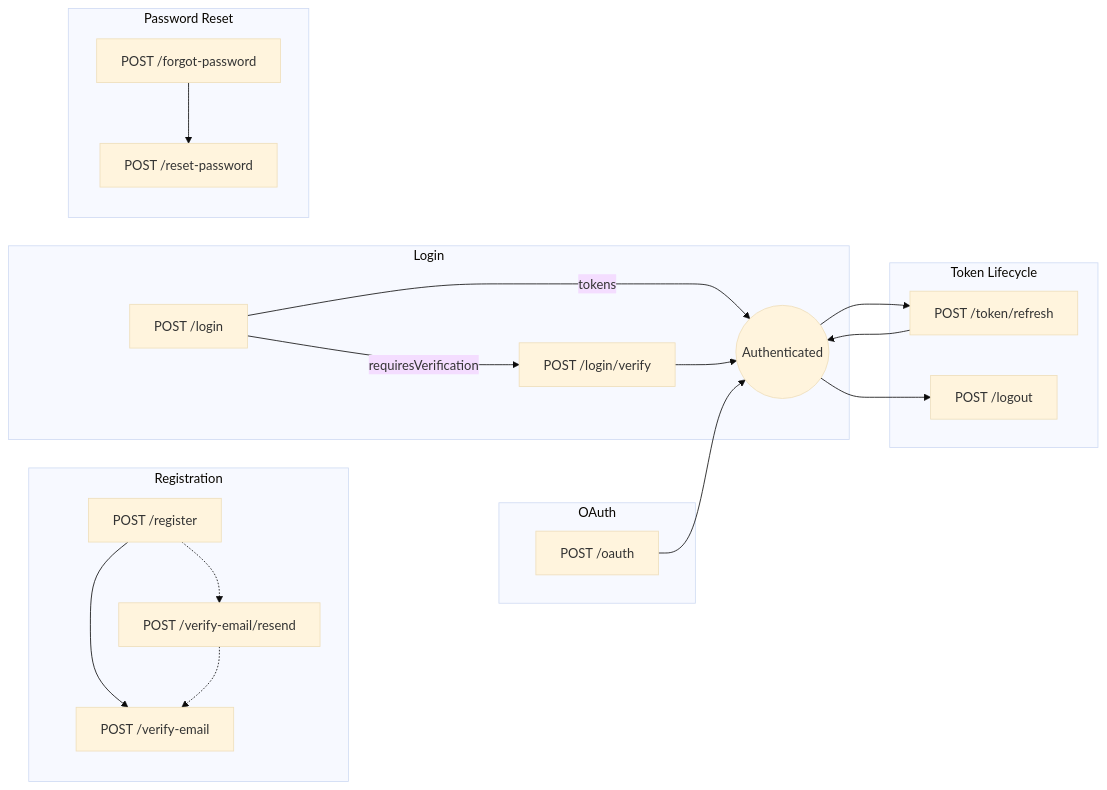
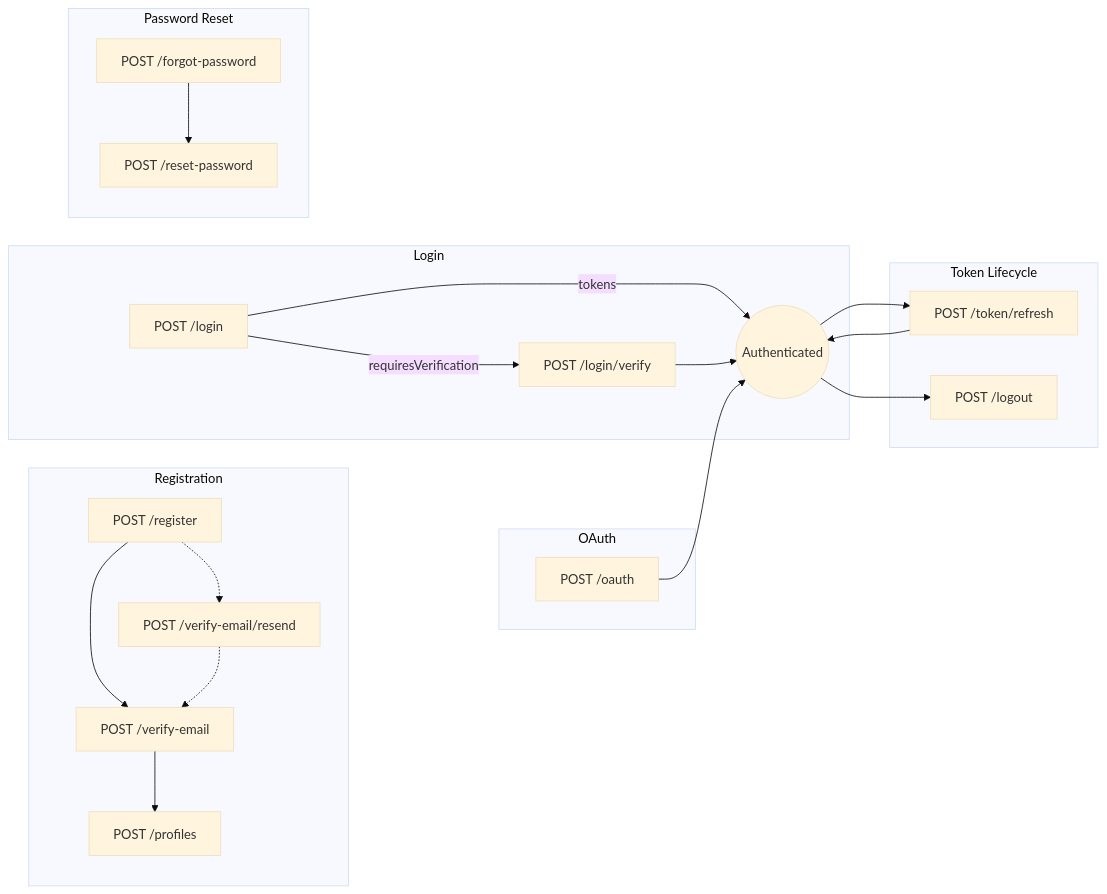
The diagram in docs/auth/overview.md (ninggiangboy/esab), drawn with Mermaid (base theme) before and after one commit. The commit also changed other lines of this file and 75 other files, not shown here.

````diff
--- a/docs/auth/overview.md
+++ b/docs/auth/overview.md
@@ -20,28 +21,29 @@
 ```mermaid
 flowchart LR
     subgraph Registration
         R1[POST /register] --> R2[POST /verify-email]
         R1 -.-> R3[POST /verify-email/resend]
         R3 -.-> R2
+        R2 --> P1[POST /profiles]
     end
 
     subgraph Login
         L1[POST /login] -->|tokens| Done((Authenticated))
         L1 -->|requiresVerification| L2[POST /login/verify]
         L2 --> Done
     end
 
     subgraph OAuth
         O1[POST /oauth] --> Done
     end
 
     subgraph "Token Lifecycle"
         Done --> T1[POST /token/refresh]
         T1 --> Done
         Done --> T2[POST /logout]
     end
 
     subgraph "Password Reset"
-        P1[POST /forgot-password] --> P2[POST /reset-password]
+        P1R[POST /forgot-password] --> P2R[POST /reset-password]
     end
 ```
````
